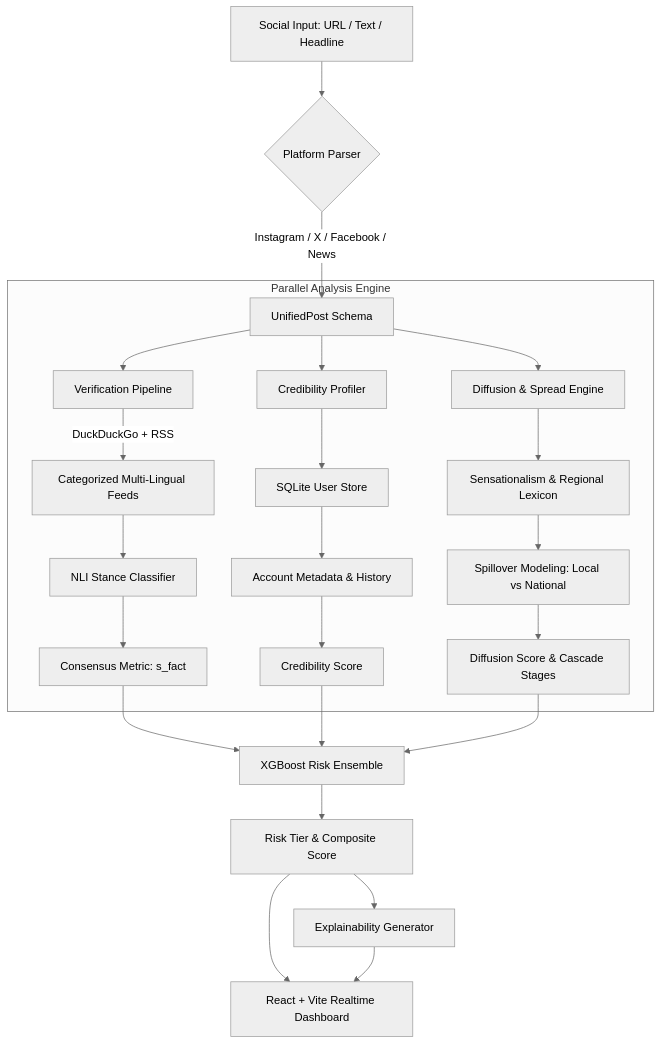
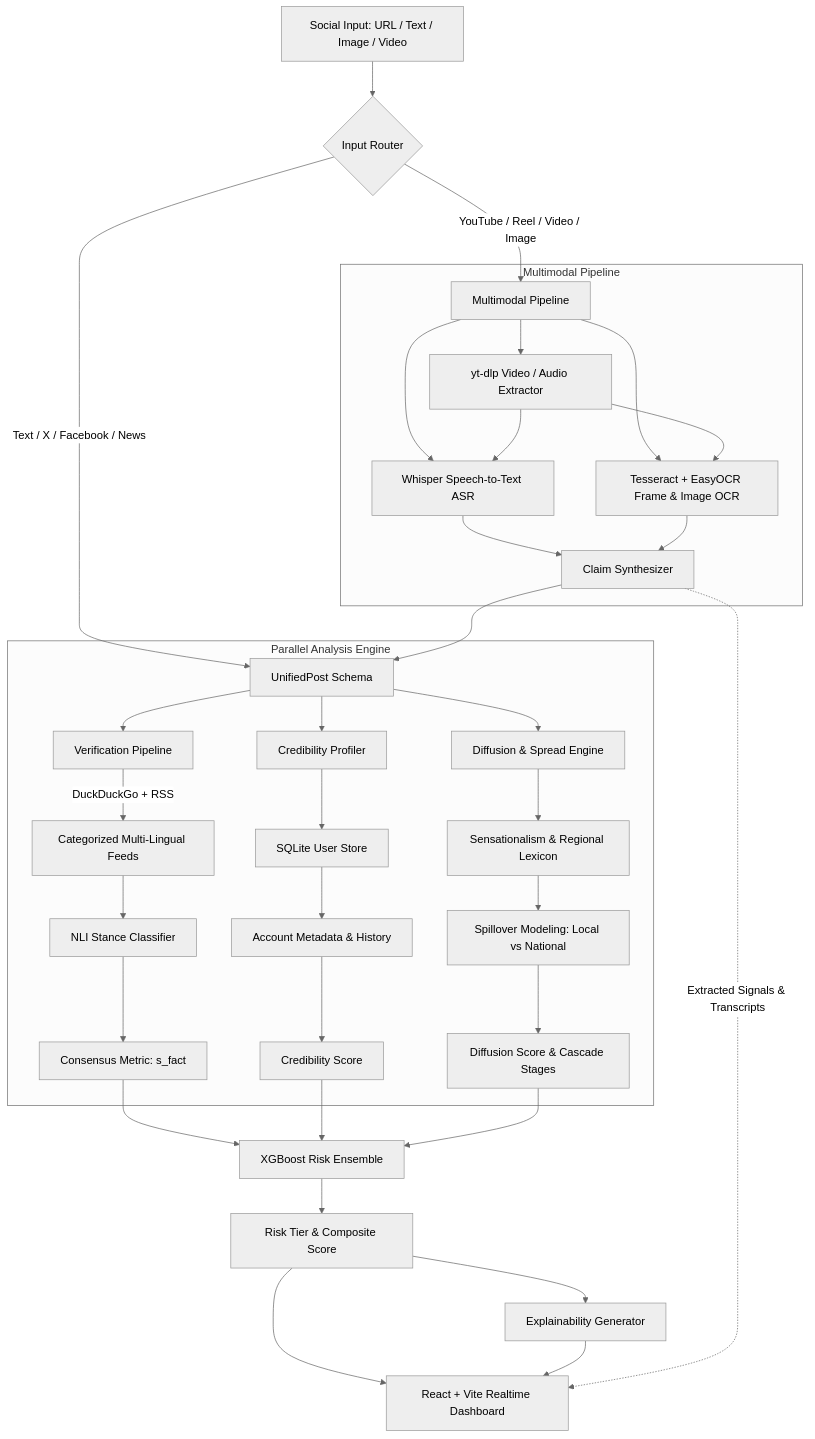
One commit to Zukirx/SociaLShield changed the diagram in README.md. Above: the diagram before and after it, drawn with Mermaid (neutral theme). The commit also changed other lines of this file and 1 other file, not shown here.

Commit message:
docs: Update README for v3.0.0 multimodal release and add /health endpoint

````diff
--- a/README.md
+++ b/README.md
@@ -79,33 +98,47 @@
 ```mermaid
 flowchart TD
-    A[Social Input: URL / Text / Headline] --> B{Platform Parser}
-    B -->|Instagram / X / Facebook / News| C[UnifiedPost Schema]
-    
+    A[Social Input: URL / Text / Image / Video] --> B{Input Router}
+    B -->|YouTube / Reel / Video / Image| MM[Multimodal Pipeline]
+    B -->|Text / X / Facebook / News| C[UnifiedPost Schema]
+
+    subgraph Multimodal Pipeline
+        MM --> M1[yt-dlp Video / Audio Extractor]
+        MM --> M2[Whisper Speech-to-Text ASR]
+        MM --> M3[Tesseract + EasyOCR Frame & Image OCR]
+        M1 --> M2
+        M1 --> M3
+        M2 --> M4[Claim Synthesizer]
+        M3 --> M4
+    end
+
+    M4 --> C
+
     subgraph Parallel Analysis Engine
         C --> D[Verification Pipeline]
         C --> E[Credibility Profiler]
         C --> F[Diffusion & Spread Engine]
         
         D -->|DuckDuckGo + RSS| D1[Categorized Multi-Lingual Feeds]
         D1 --> D2[NLI Stance Classifier]
         D2 --> D3[Consensus Metric: s_fact]
         
         E --> E1[SQLite User Store]
         E1 --> E2[Account Metadata & History]
         E2 --> E3[Credibility Score]
         
         F --> F1[Sensationalism & Regional Lexicon]
         F1 --> F2[Spillover Modeling: Local vs National]
         F2 --> F3[Diffusion Score & Cascade Stages]
     end
     
     D3 --> G[XGBoost Risk Ensemble]
     E3 --> G
     F3 --> G
     
     G --> H[Risk Tier & Composite Score]
     H --> I[Explainability Generator]
     
     H --> J[React + Vite Realtime Dashboard]
     I --> J
+    M4 -.->|Extracted Signals & Transcripts| J
 ```
````
